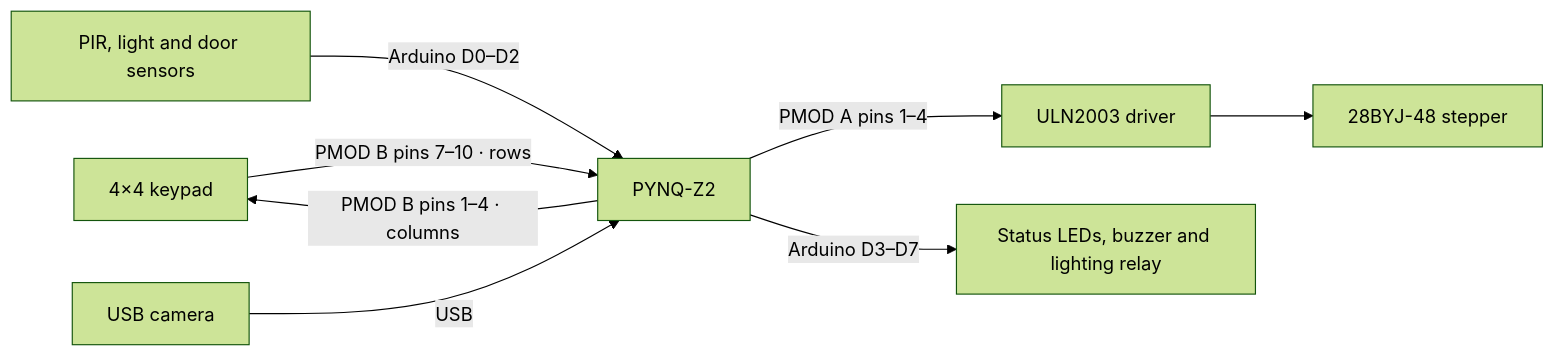
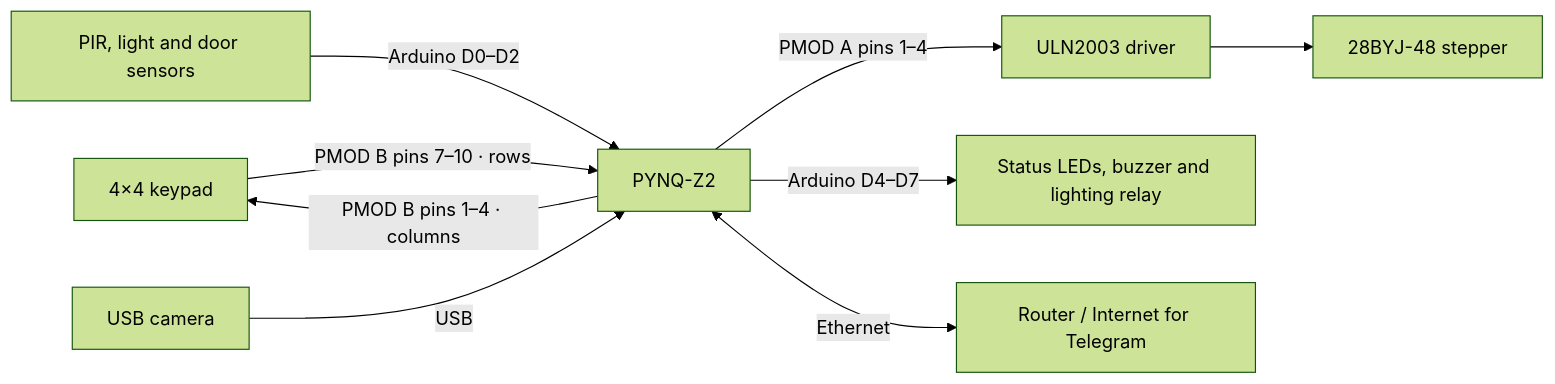
Before and after one commit to Subalo/pynq-z2-fpga-smart-lock: the first of 2 diagrams in docs/hardware.md, drawn with Mermaid (forest theme). The commit also changed other lines of this file and 2 other files, not shown here.

````diff
--- a/docs/hardware.md
+++ b/docs/hardware.md
@@ -5,18 +5,19 @@
 ```mermaid
 flowchart LR
     keypad["4×4 keypad"]
     sensors["PIR, light and door sensors"]
     camera["USB camera"]
     board["PYNQ-Z2"]
     driver["ULN2003 driver"]
     motor["28BYJ-48 stepper"]
     indicators["Status LEDs, buzzer and lighting relay"]
 
     board -->|"PMOD B pins 1–4 · columns"| keypad
     keypad -->|"PMOD B pins 7–10 · rows"| board
     sensors -->|"Arduino D0–D2"| board
     camera -->|"USB"| board
     board -->|"PMOD A pins 1–4"| driver
     driver --> motor
-    board -->|"Arduino D3–D7"| indicators
+    board -->|"Arduino D4–D7"| indicators
+    board <-->|"Ethernet"| network["Router / Internet for Telegram"]
 ```
````
